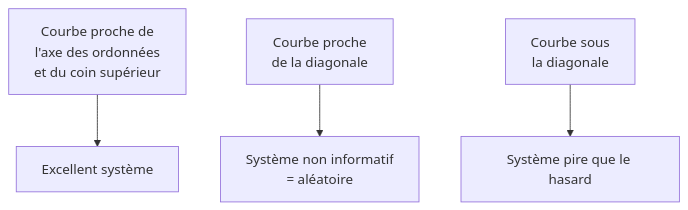
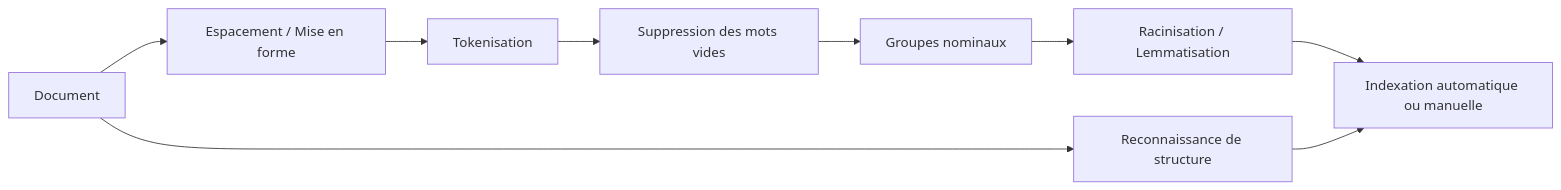
The diagram in website/fr/ch6.qmd (Arkanthara/information_retrieval), drawn with Mermaid before and after one commit. The commit also changed other lines of this file and 6 other files, not shown here.

````diff
--- a/website/fr/ch6.qmd
+++ b/website/fr/ch6.qmd
@@ -625,6 +89,11 @@
 ```{mermaid}
-graph TD
-    A[Courbe proche de\nl'axe des ordonnées\net du coin supérieur] --> B[Excellent système]
-    C[Courbe proche\nde la diagonale] --> D[Système non informatif\n= aléatoire]
-    E[Courbe sous\nla diagonale] --> F[Système pire que le hasard]
+flowchart LR
+    A[Document] --> B[Espacement / Mise en forme]
+    B --> C[Tokenisation]
+    C --> D[Suppression des mots vides]
+    D --> E[Groupes nominaux]
+    E --> F[Racinisation / Lemmatisation]
+    F --> G[Indexation automatique ou manuelle]
+    A --> H[Reconnaissance de structure]
+    H --> G
 ```
````
